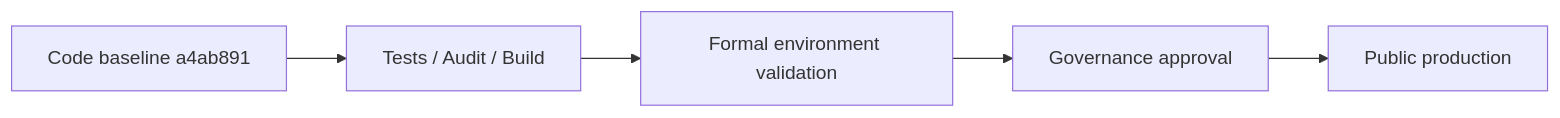
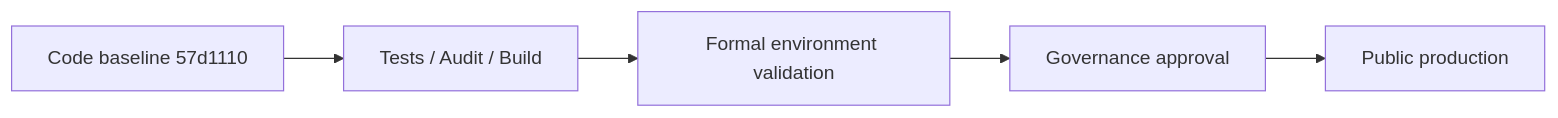
One commit to helloapple080/HsuFamily changed the diagram in docs/05-企業級成熟度與後續路線圖.md. Above: the diagram before and after it, drawn with Mermaid. The commit also changed other lines of this file and 8 other files, not shown here.

````diff
--- a/docs/05-企業級成熟度與後續路線圖.md
+++ b/docs/05-企業級成熟度與後續路線圖.md
@@ -71,7 +71,7 @@
 ```mermaid
 flowchart LR
-  C["Code baseline a4ab891"] --> V["Tests / Audit / Build"]
+  C["Code baseline 57d1110"] --> V["Tests / Audit / Build"]
   V --> E["Formal environment validation"]
   E --> G["Governance approval"]
   G --> P["Public production"]
 ```
````
